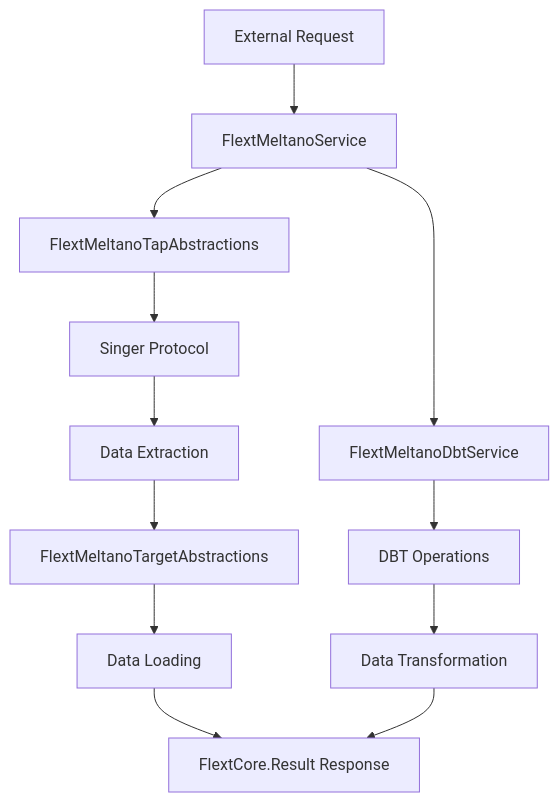
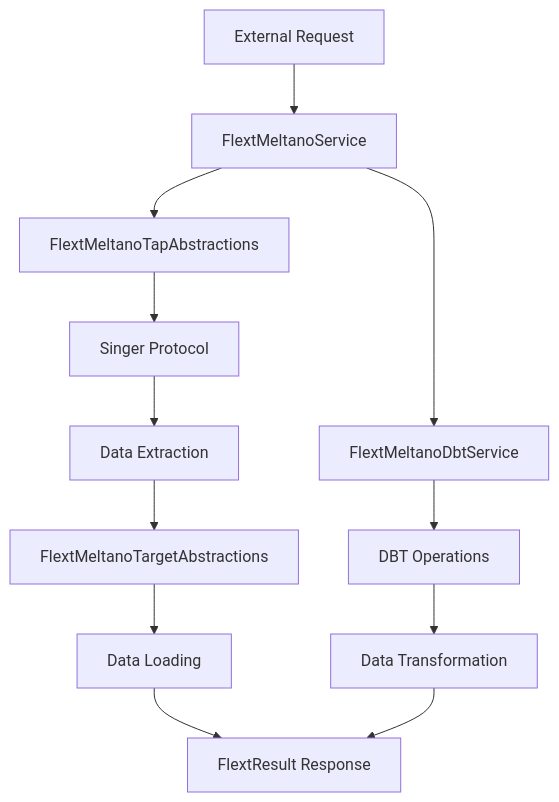
Before and after one commit to flext-sh/flext-meltano: the first of 2 diagrams in docs/architecture.md, drawn with Mermaid. The commit also changed other lines of this file and 91 other files, not shown here.

````diff
--- a/docs/architecture.md
+++ b/docs/architecture.md
@@ -97,15 +97,15 @@
 ```mermaid
 graph TD
     A[External Request] --> B[FlextMeltanoService]
     B --> C[FlextMeltanoTapAbstractions]
     C --> D[Singer Protocol]
     D --> E[Data Extraction]
     E --> F[FlextMeltanoTargetAbstractions]
     F --> G[Data Loading]
-    G --> H[FlextCore.Result Response]
+    G --> H[FlextResult Response]
 
     B --> I[FlextMeltanoDbtService]
     I --> J[DBT Operations]
     J --> K[Data Transformation]
     K --> H
 ```
````
